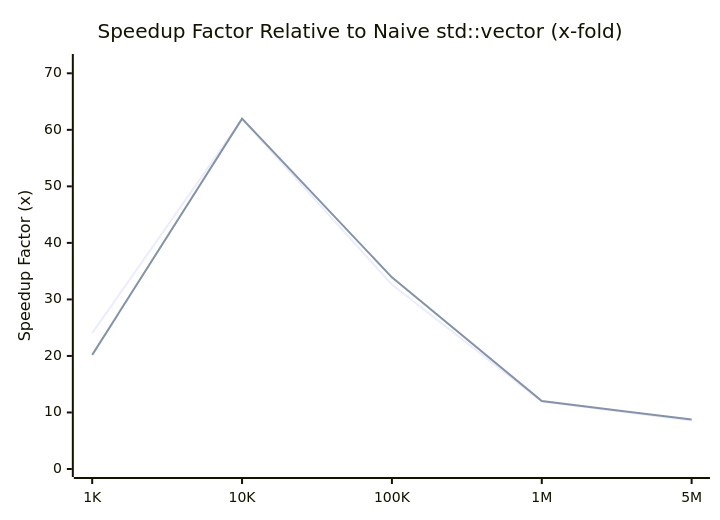
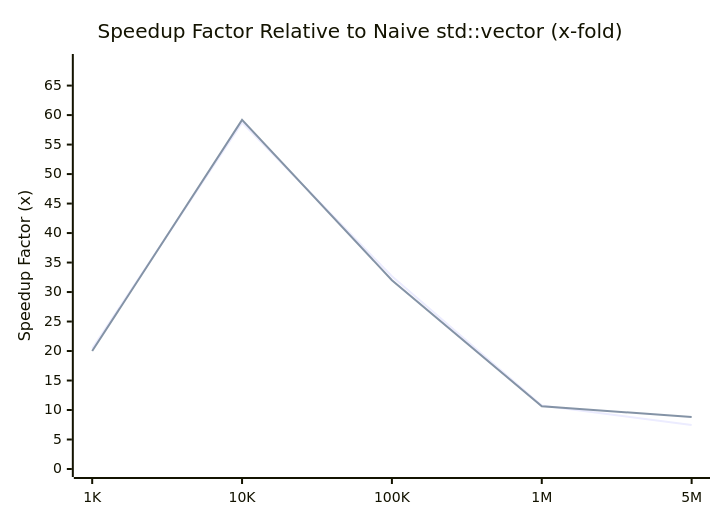
Before and after one commit to maithreyanprabhu2907-prog/Vector: the second of 2 diagrams in docs/benchmarks.md, drawn with Mermaid. The commit also changed other lines of this file and 9 other files, not shown here.

````diff
--- a/docs/benchmarks.md
+++ b/docs/benchmarks.md
@@ -79,8 +68,8 @@
 ```mermaid
 xychart-beta
     title "Speedup Factor Relative to Naive std::vector (x-fold)"
     x-axis ["1K", "10K", "100K", "1M", "5M"]
-    y-axis "Speedup Factor (x)" 0 --> 72
-    line [24.03, 61.90, 32.63, 11.95, 8.57]
-    line [20.19, 61.98, 33.90, 12.03, 8.74]
+    y-axis "Speedup Factor (x)" 0 --> 69
+    line [20.42, 58.73, 32.68, 10.76, 7.47]
+    line [20.00, 59.19, 32.01, 10.63, 8.82]
 ```
````
